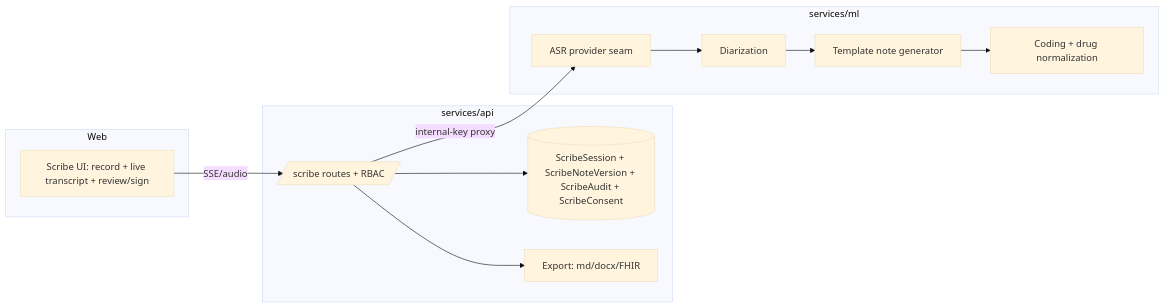
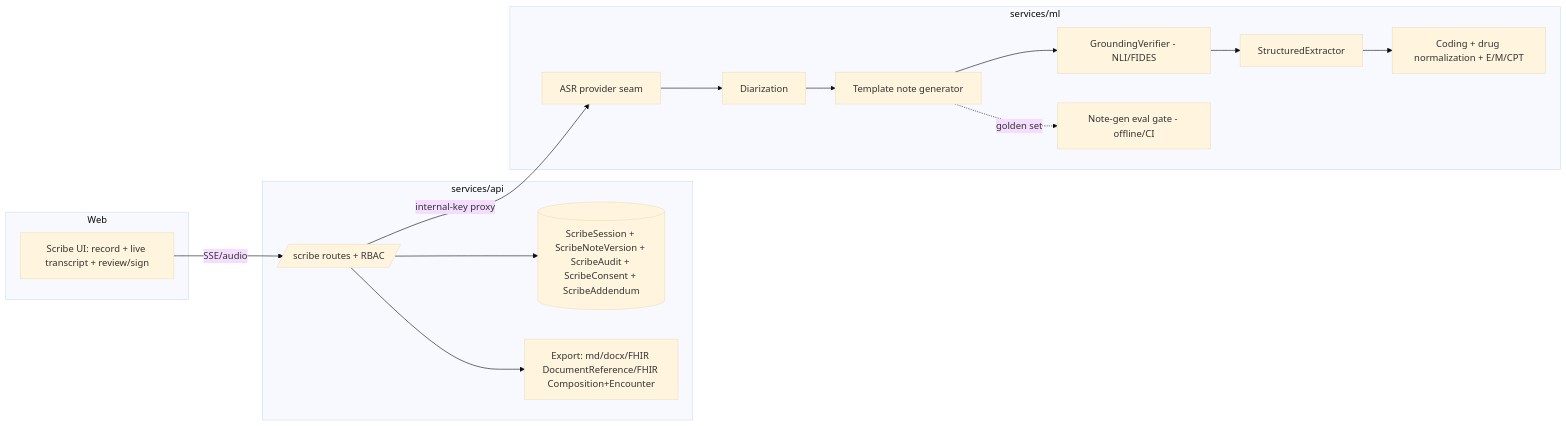
One commit to Project-CLARA-HBT/CLARA-Care changed the first of 2 diagrams in .kiro/specs/clara-scribe-enterprise/design.md. Above: the diagram before and after it, drawn with Mermaid (base theme). The commit also changed other lines of this file and 44 other files, not shown here.

````diff
--- a/.kiro/specs/clara-scribe-enterprise/design.md
+++ b/.kiro/specs/clara-scribe-enterprise/design.md
@@ -20,22 +32,26 @@
 ```mermaid
 flowchart LR
   subgraph Web
     UI[Scribe UI: record + live transcript + review/sign]
   end
   subgraph API[services/api]
     R[/scribe routes + RBAC/]
-    DB[(ScribeSession + ScribeNoteVersion + ScribeAudit + ScribeConsent)]
-    EXP[Export: md/docx/FHIR]
+    DB[(ScribeSession + ScribeNoteVersion + ScribeAudit + ScribeConsent + ScribeAddendum)]
+    EXP[Export: md/docx/FHIR DocumentReference/FHIR Composition+Encounter]
   end
   subgraph ML[services/ml]
     ASR[ASR provider seam]
     DIAR[Diarization]
     GEN[Template note generator]
-    CODE[Coding + drug normalization]
+    GRD[GroundingVerifier - NLI/FIDES]
+    EXT[StructuredExtractor]
+    CODE[Coding + drug normalization + E/M/CPT]
+    EVAL[Note-gen eval gate - offline/CI]
   end
   UI -- SSE/audio --> R
   R -- internal-key proxy --> ASR
-  ASR --> DIAR --> GEN --> CODE
+  ASR --> DIAR --> GEN --> GRD --> EXT --> CODE
   R --> DB
   R --> EXP
+  GEN -. golden set .-> EVAL
 ```
````
